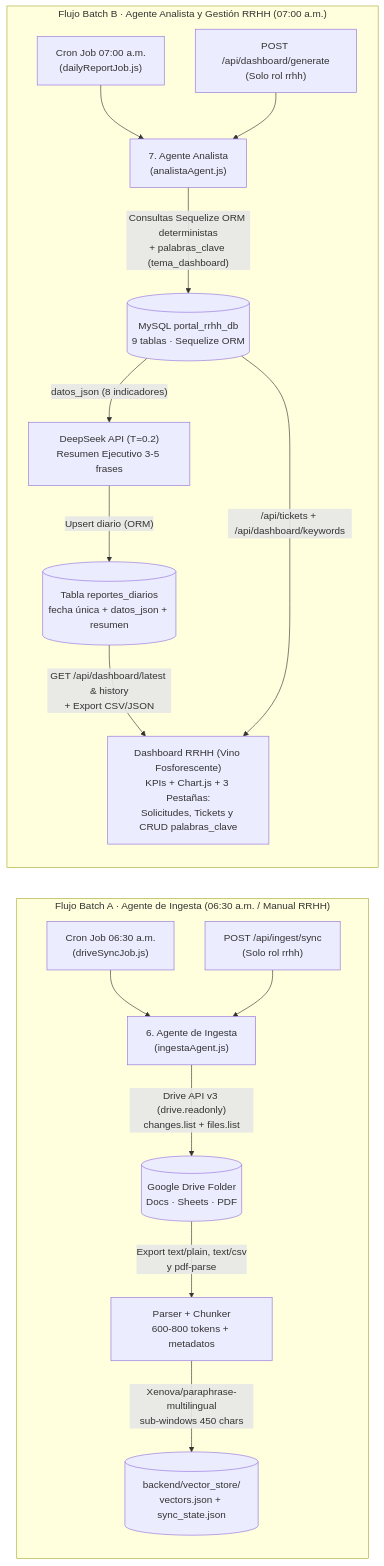
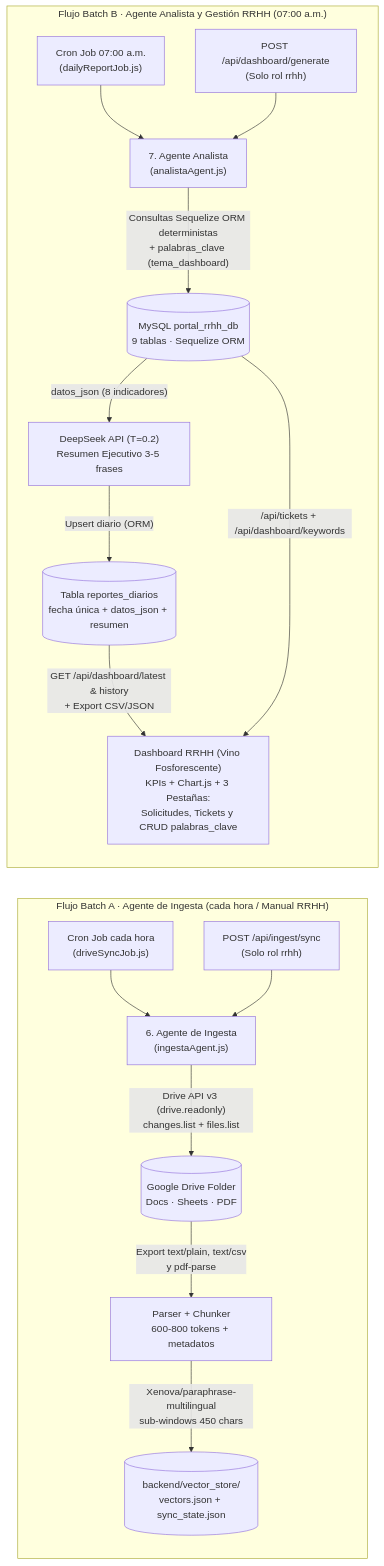
The second of 2 diagrams in docs/architecture/diagrama_arquitectura.md (DanielOR20/Portal_Consultas), drawn with Mermaid before and after one commit. The commit also changed other lines of this file and 4 other files, not shown here.

Commit message:
chore: programar sincronizacion automatica de Drive cada hora

````diff
--- a/docs/architecture/diagrama_arquitectura.md
+++ b/docs/architecture/diagrama_arquitectura.md
@@ -56,22 +56,22 @@
 ```mermaid
 flowchart LR
-    subgraph INGESTA["Flujo Batch A · Agente de Ingesta (06:30 a.m. / Manual RRHH)"]
+    subgraph INGESTA["Flujo Batch A · Agente de Ingesta (cada hora / Manual RRHH)"]
         direction TB
-        CRON1["Cron Job 06:30 a.m.<br/>(driveSyncJob.js)"] --> ING["6. Agente de Ingesta<br/>(ingestaAgent.js)"]
+        CRON1["Cron Job cada hora<br/>(driveSyncJob.js)"] --> ING["6. Agente de Ingesta<br/>(ingestaAgent.js)"]
         MAN1["POST /api/ingest/sync<br/>(Solo rol rrhh)"] --> ING
         ING -->|"Drive API v3 (drive.readonly)<br/>changes.list + files.list"| GDRIVE[("Google Drive Folder<br/>Docs · Sheets · PDF")]
         GDRIVE -->|"Export text/plain, text/csv<br/>y pdf-parse"| PARSE["Parser + Chunker<br/>600-800 tokens + metadatos"]
         PARSE -->|"Xenova/paraphrase-multilingual<br/>sub-windows 450 chars"| VSTORE[("backend/vector_store/<br/>vectors.json + sync_state.json")]
     end
 
     subgraph ANALITICA["Flujo Batch B · Agente Analista y Gestión RRHH (07:00 a.m.)"]
         direction TB
         CRON2["Cron Job 07:00 a.m.<br/>(dailyReportJob.js)"] --> ANA["7. Agente Analista<br/>(analistaAgent.js)"]
         MAN2["POST /api/dashboard/generate<br/>(Solo rol rrhh)"] --> ANA
         ANA -->|"Consultas Sequelize ORM deterministas<br/>+ palabras_clave (tema_dashboard)"| DB[("MySQL portal_rrhh_db<br/>9 tablas · Sequelize ORM")]
         DB -->|"datos_json (8 indicadores)"| LLM["DeepSeek API (T=0.2)<br/>Resumen Ejecutivo 3-5 frases"]
         LLM -->|"Upsert diario (ORM)"| REP[("Tabla reportes_diarios<br/>fecha única + datos_json + resumen")]
         REP -->|"GET /api/dashboard/latest & history<br/>+ Export CSV/JSON"| DASH["Dashboard RRHH (Vino Fosforescente)<br/>KPIs + Chart.js + 3 Pestañas:<br/>Solicitudes, Tickets y CRUD palabras_clave"]
         DB -->|"/api/tickets + /api/dashboard/keywords"| DASH
     end
 ```
````
